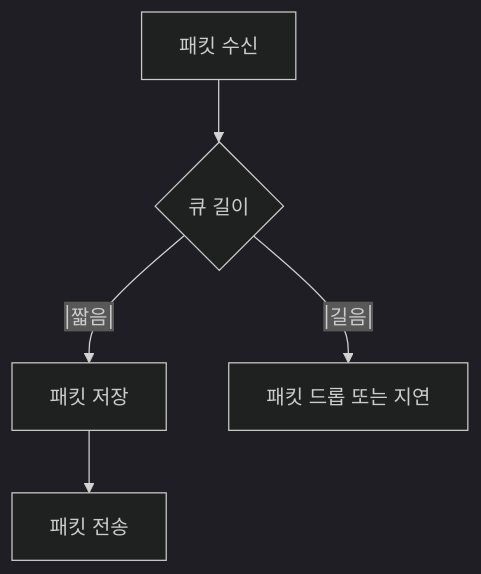
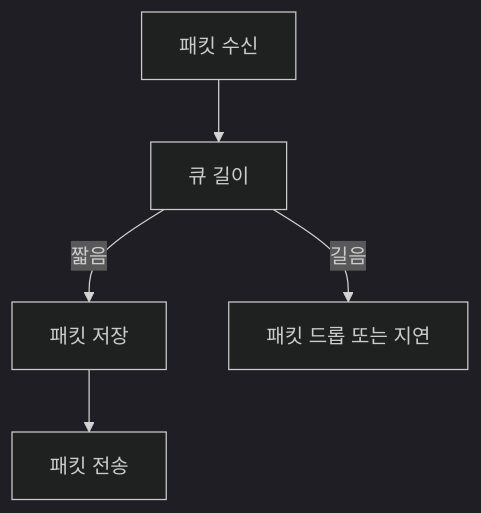
Before and after one commit to 42jerrykim/42jerrykim.github.io: the eighth of 12 diagrams in content/post/2024/2024-10-17-networking-latency/index.md, drawn with Mermaid (dark theme). The commit also changed other lines of this file and 239 other files, not shown here.

````diff
--- a/content/post/2024/2024-10-17-networking-latency/index.md
+++ b/content/post/2024/2024-10-17-networking-latency/index.md
@@ -452,7 +369,12 @@
 ```mermaid
-graph TD;
-    A[패킷 수신] --> B{큐 길이}
-    B --|짧음|--> C[패킷 저장]
-    B --|길음|--> D[패킷 드롭 또는 지연]
-    C --> E[패킷 전송]
+graph TD
+  Recv["패킷 수신"]
+  CheckQueue["큐 길이"]
+  Store["패킷 저장"]
+  Drop["패킷 드롭 또는 지연"]
+  Send["패킷 전송"]
+  Recv --> CheckQueue
+  CheckQueue -->|"짧음"| Store
+  CheckQueue -->|"길음"| Drop
+  Store --> Send
 ```
````
